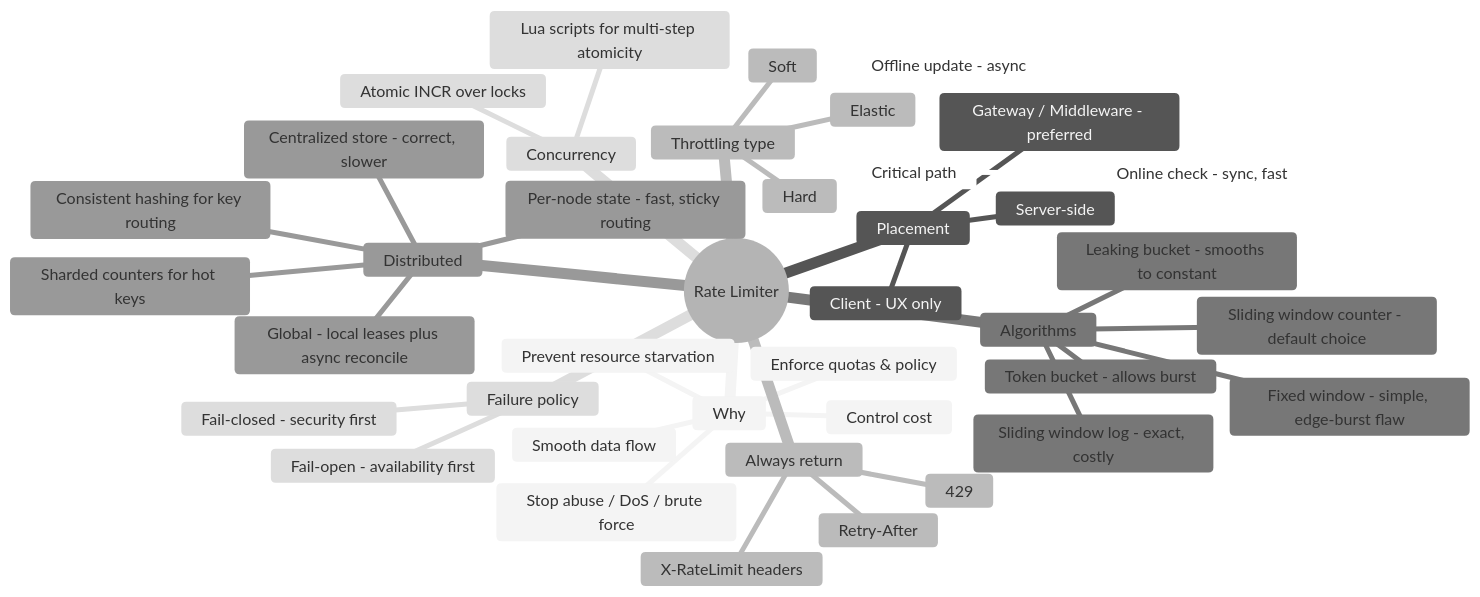
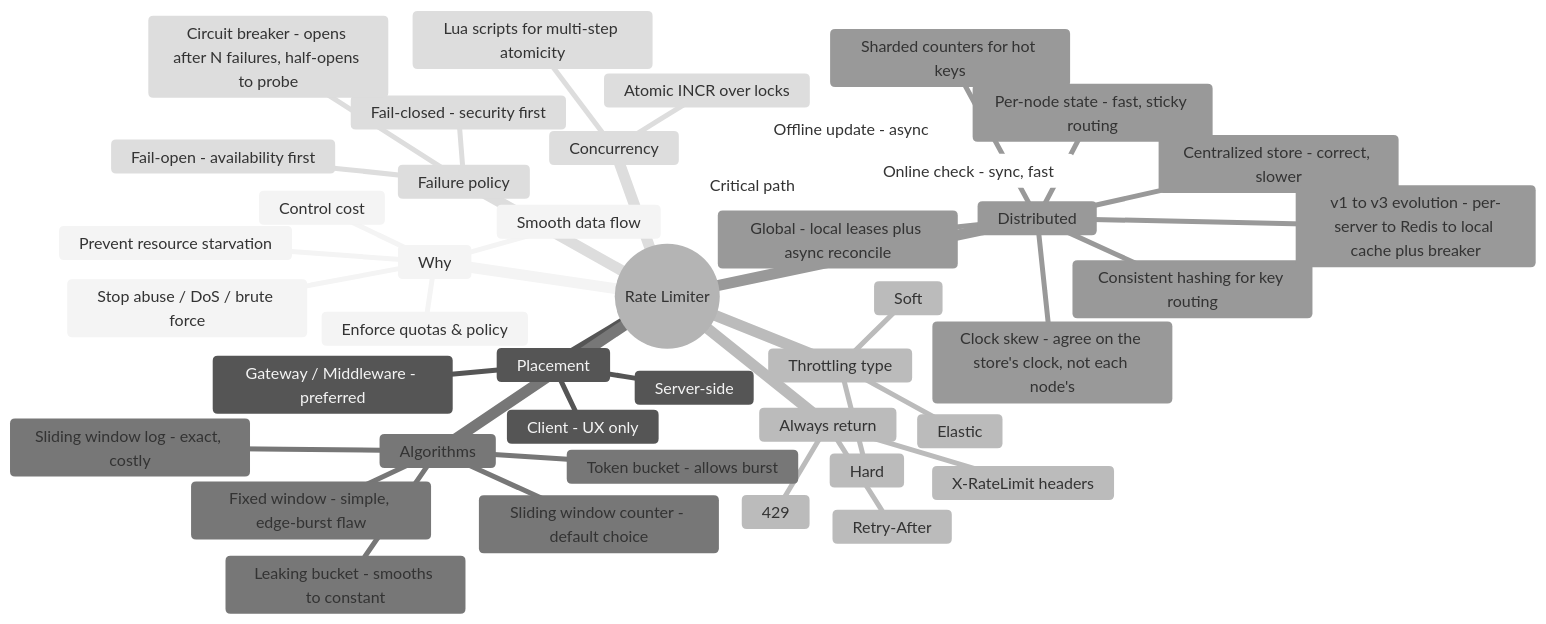
One commit to riyaz-pasha/Learnings changed diagram 23 of 23 in system-design/HLD/0-course/19-Rate-Limiter-FAANG-Guide.md. Above: the diagram before and after it, drawn with Mermaid (neutral theme). The commit also changed other lines of this file and 50 other files, not shown here.

````diff
--- a/system-design/HLD/0-course/19-Rate-Limiter-FAANG-Guide.md
+++ b/system-design/HLD/0-course/19-Rate-Limiter-FAANG-Guide.md
@@ -620,43 +754,46 @@
 ```mermaid
 mindmap
   root((Rate Limiter))
     Why
       Prevent resource starvation
       Stop abuse / DoS / brute force
       Enforce quotas & policy
       Control cost
       Smooth data flow
     Placement
       Client - UX only
       Server-side
       Gateway / Middleware - preferred
     Throttling type
       Hard
       Soft
       Elastic
     Algorithms
       Token bucket - allows burst
       Leaking bucket - smooths to constant
       Fixed window - simple, edge-burst flaw
       Sliding window log - exact, costly
       Sliding window counter - default choice
     Distributed
       Centralized store - correct, slower
       Per-node state - fast, sticky routing
       Consistent hashing for key routing
       Sharded counters for hot keys
       Global - local leases plus async reconcile
+      Clock skew - agree on the store's clock, not each node's
+      v1 to v3 evolution - per-server to Redis to local cache plus breaker
     Concurrency
       Atomic INCR over locks
       Lua scripts for multi-step atomicity
     Critical path
       Online check - sync, fast
       Offline update - async
     Failure policy
       Fail-open - availability first
       Fail-closed - security first
+      Circuit breaker - opens after N failures, half-opens to probe
     Always return
       429
       Retry-After
       X-RateLimit headers
 ```
````
